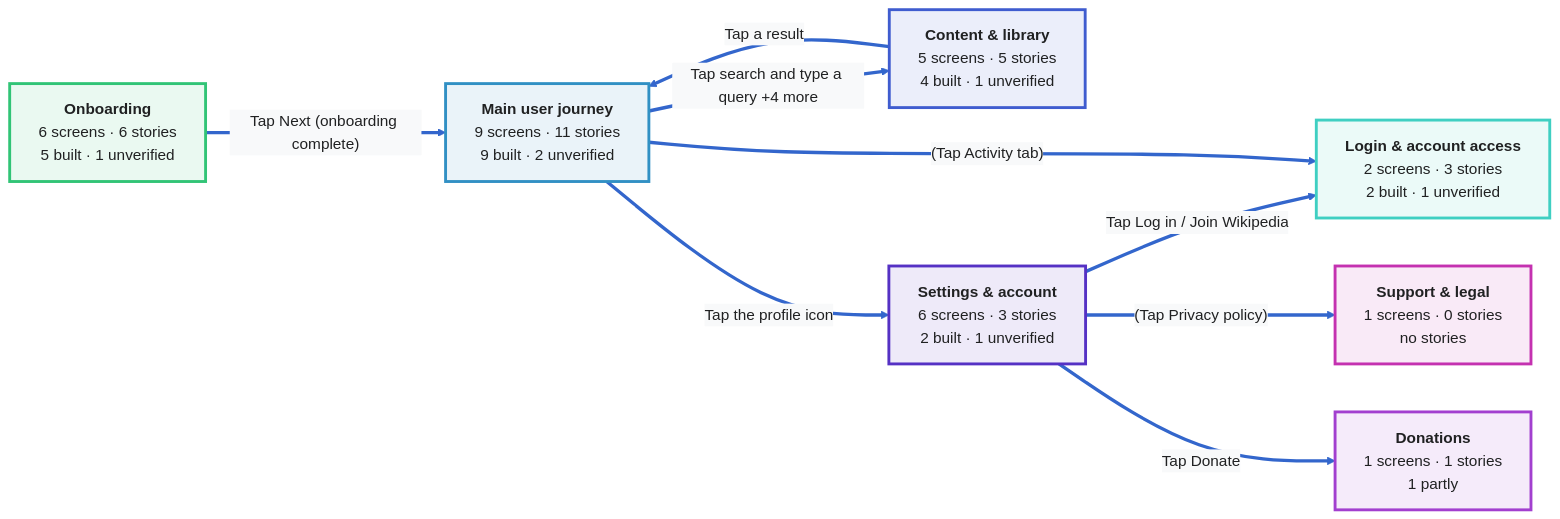
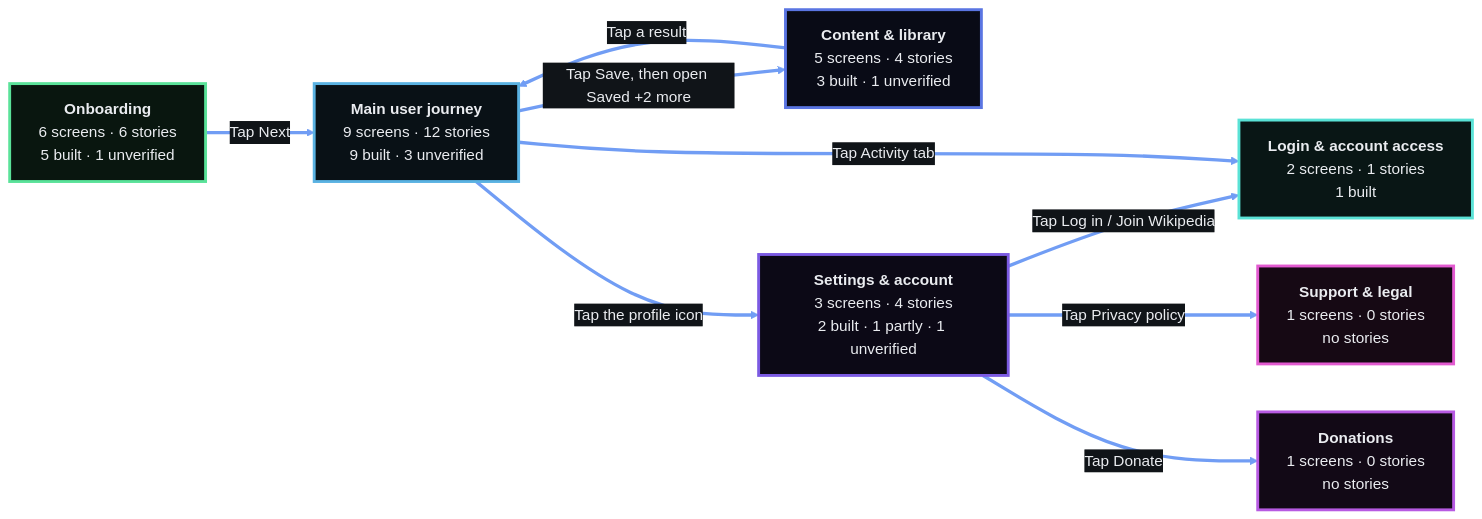
The first of 8 diagrams in examples/wikipedia-ios/generated/story-map.md (enjojoy/user-story-maps), drawn with Mermaid before and after one commit. The commit also changed other lines of this file and 114 other files, not shown here.

````diff
--- a/examples/wikipedia-ios/generated/story-map.md
+++ b/examples/wikipedia-ios/generated/story-map.md
@@ -25,26 +25,26 @@
 ```mermaid
-%%{init: {"theme":"base","themeVariables":{"fontFamily":"Helvetica","fontSize":"16px","primaryColor":"#FFFFFF","primaryTextColor":"#202122","primaryBorderColor":"#3366CC","lineColor":"#3366CC","secondaryColor":"#F8F9FA","tertiaryColor":"#F0F2F4"}}}%%
+%%{init: {"theme":"base","themeVariables":{"fontFamily":"Helvetica","fontSize":"16px","primaryColor":"#000000","primaryTextColor":"#EAECF0","primaryBorderColor":"#719DF4","lineColor":"#719DF4","secondaryColor":"#101418","tertiaryColor":"#1A1A1A"}}}%%
 flowchart LR
   n_t_onboarding["<b>Onboarding</b><br/>6 screens · 6 stories<br/>5 built · 1 unverified"]
-  n_t_access["<b>Login & account access</b><br/>2 screens · 3 stories<br/>2 built · 1 unverified"]
-  n_t_journey["<b>Main user journey</b><br/>9 screens · 11 stories<br/>9 built · 2 unverified"]
-  n_t_library["<b>Content & library</b><br/>5 screens · 5 stories<br/>4 built · 1 unverified"]
-  n_t_settings["<b>Settings & account</b><br/>6 screens · 3 stories<br/>2 built · 1 unverified"]
-  n_t_payments["<b>Donations</b><br/>1 screens · 1 stories<br/>1 partly"]
+  n_t_access["<b>Login & account access</b><br/>2 screens · 1 stories<br/>1 built"]
+  n_t_journey["<b>Main user journey</b><br/>9 screens · 12 stories<br/>9 built · 3 unverified"]
+  n_t_library["<b>Content & library</b><br/>5 screens · 4 stories<br/>3 built · 1 unverified"]
+  n_t_settings["<b>Settings & account</b><br/>3 screens · 4 stories<br/>2 built · 1 partly · 1 unverified"]
+  n_t_payments["<b>Donations</b><br/>1 screens · 0 stories<br/>no stories"]
   n_t_support["<b>Support & legal</b><br/>1 screens · 0 stories<br/>no stories"]
-  n_t_onboarding ==>|"Tap Next (onboarding complete)"| n_t_journey
+  n_t_onboarding ==>|"Tap Next"| n_t_journey
   n_t_settings ==>|"Tap Log in / Join Wikipedia"| n_t_access
-  n_t_journey ==>|"Tap search and type a query +4 more"| n_t_library
   n_t_library ==>|"Tap a result"| n_t_journey
-  n_t_journey ==>|"(Tap Activity tab)"| n_t_access
+  n_t_journey ==>|"Tap Save, then open Saved +2 more"| n_t_library
+  n_t_journey ==>|"Tap Activity tab"| n_t_access
   n_t_journey ==>|"Tap the profile icon"| n_t_settings
-  n_t_settings ==>|"(Tap Privacy policy)"| n_t_support
+  n_t_settings ==>|"Tap Privacy policy"| n_t_support
   n_t_settings ==>|"Tap Donate"| n_t_payments
-  style n_t_onboarding fill:#EAF9F1,stroke:#31C476,stroke-width:3px,color:#202122
-  style n_t_access fill:#EBFAF8,stroke:#3FCFC2,stroke-width:3px,color:#202122
-  style n_t_journey fill:#EAF3F9,stroke:#3190C4,stroke-width:3px,color:#202122
-  style n_t_library fill:#EBEEFA,stroke:#3F5CCF,stroke-width:3px,color:#202122
-  style n_t_settings fill:#EEEAF9,stroke:#5531C4,stroke-width:3px,color:#202122
-  style n_t_payments fill:#F5EBFA,stroke:#A23FCF,stroke-width:3px,color:#202122
-  style n_t_support fill:#F9EAF7,stroke:#C431B0,stroke-width:3px,color:#202122
+  style n_t_onboarding fill:#09160F,stroke:#5AE299,stroke-width:3px,color:#EAECF0
+  style n_t_access fill:#091615,stroke:#5AE2D6,stroke-width:3px,color:#EAECF0
+  style n_t_journey fill:#091116,stroke:#5AB2E2,stroke-width:3px,color:#EAECF0
+  style n_t_library fill:#090B16,stroke:#5A75E2,stroke-width:3px,color:#EAECF0
+  style n_t_settings fill:#0C0916,stroke:#7B5AE2,stroke-width:3px,color:#EAECF0
+  style n_t_payments fill:#120916,stroke:#B75AE2,stroke-width:3px,color:#EAECF0
+  style n_t_support fill:#160914,stroke:#E25AD0,stroke-width:3px,color:#EAECF0
 ```
````
